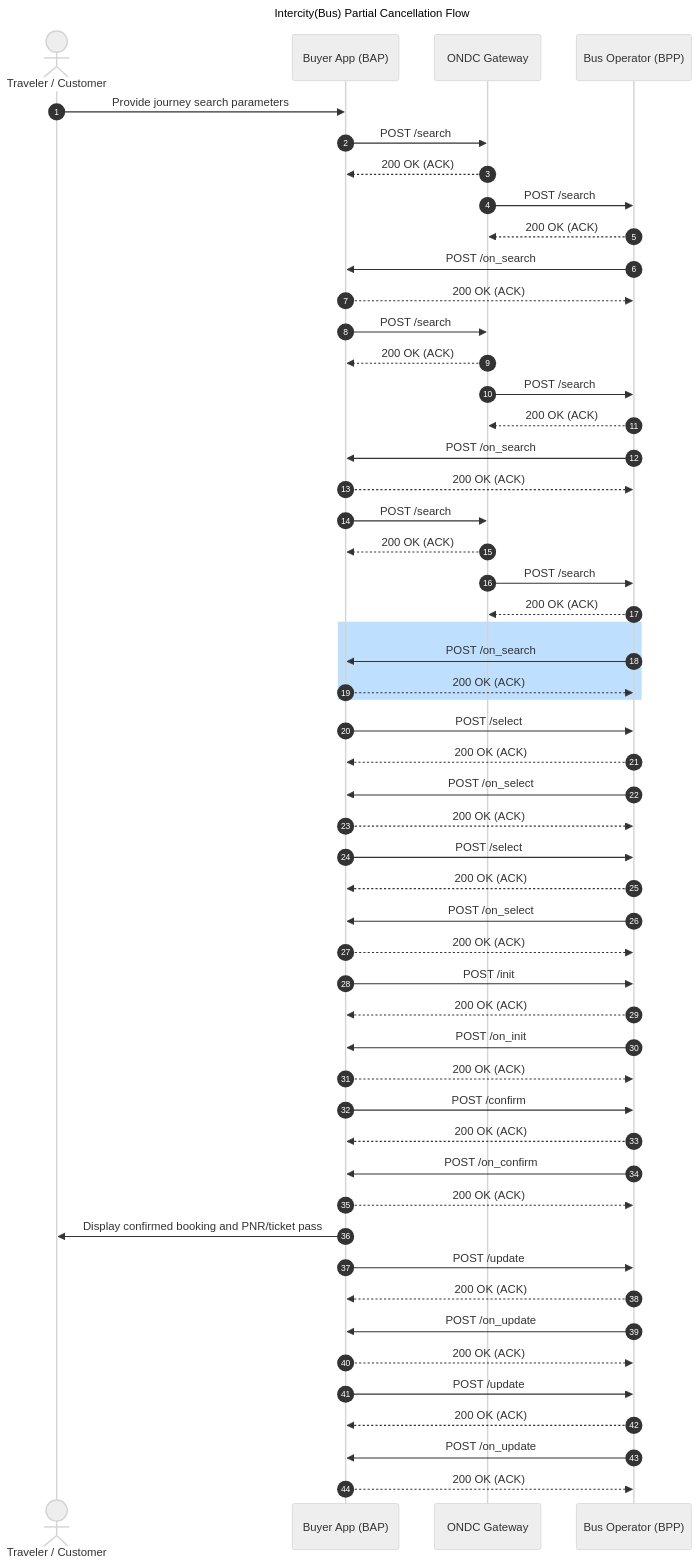
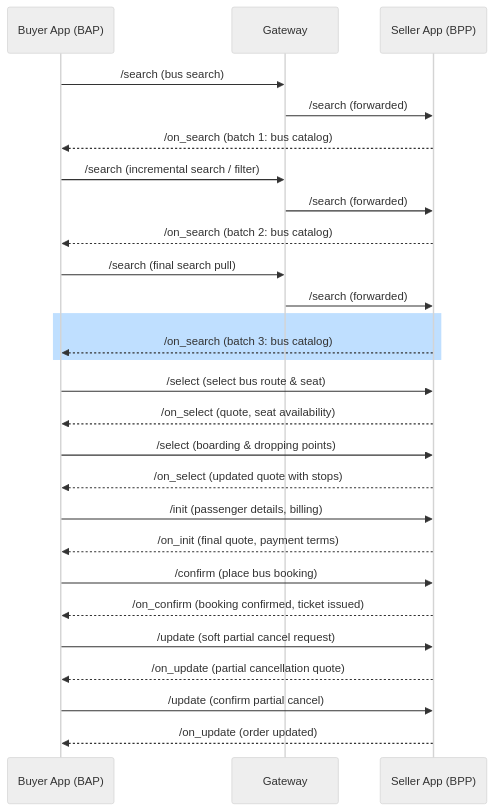
Before and after one commit to ONDC-Official/automation-specifications: the sixth of 18 diagrams in config/docs/intercity-bus-partial-cancellation-flow-sequence-diagrams.md, drawn with Mermaid (neutral theme). The commit also changed other lines of this file and 23 other files, not shown here.

````diff
--- a/config/docs/intercity-bus-partial-cancellation-flow-sequence-diagrams.md
+++ b/config/docs/intercity-bus-partial-cancellation-flow-sequence-diagrams.md
@@ -308,56 +172,29 @@
 ```mermaid
 sequenceDiagram
-    title Intercity(Bus) Partial Cancellation Flow
-    autonumber
-    actor User as Traveler / Customer
-    participant BAP as Buyer App (BAP)
-    participant BG as ONDC Gateway
-    participant BPP as Bus Operator (BPP)
-
-    User->>BAP: Provide journey search parameters
-    BAP->>BG: POST /search
-    BG-->>BAP: 200 OK (ACK)
-    BG->>BPP: POST /search
-    BPP-->>BG: 200 OK (ACK)
-    BPP->>BAP: POST /on_search
-    BAP-->>BPP: 200 OK (ACK)
-    BAP->>BG: POST /search
-    BG-->>BAP: 200 OK (ACK)
-    BG->>BPP: POST /search
-    BPP-->>BG: 200 OK (ACK)
-    BPP->>BAP: POST /on_search
-    BAP-->>BPP: 200 OK (ACK)
-    BAP->>BG: POST /search
-    BG-->>BAP: 200 OK (ACK)
-    BG->>BPP: POST /search
-    BPP-->>BG: 200 OK (ACK)
-    rect rgb(191, 223, 255)
-    BPP->>BAP: POST /on_search
-    BAP-->>BPP: 200 OK (ACK)
-    end
-    BAP->>BPP: POST /select
-    BPP-->>BAP: 200 OK (ACK)
-    BPP->>BAP: POST /on_select
-    BAP-->>BPP: 200 OK (ACK)
-    BAP->>BPP: POST /select
-    BPP-->>BAP: 200 OK (ACK)
-    BPP->>BAP: POST /on_select
-    BAP-->>BPP: 200 OK (ACK)
-    BAP->>BPP: POST /init
-    BPP-->>BAP: 200 OK (ACK)
-    BPP->>BAP: POST /on_init
-    BAP-->>BPP: 200 OK (ACK)
-    BAP->>BPP: POST /confirm
-    BPP-->>BAP: 200 OK (ACK)
-    BPP->>BAP: POST /on_confirm
-    BAP-->>BPP: 200 OK (ACK)
-    BAP->>User: Display confirmed booking and PNR/ticket pass
-    BAP->>BPP: POST /update
-    BPP-->>BAP: 200 OK (ACK)
-    BPP->>BAP: POST /on_update
-    BAP-->>BPP: 200 OK (ACK)
-    BAP->>BPP: POST /update
-    BPP-->>BAP: 200 OK (ACK)
-    BPP->>BAP: POST /on_update
-    BAP-->>BPP: 200 OK (ACK)
+  participant Buyer App (BAP)
+  participant Gateway
+  participant Seller App (BPP)
+  Buyer App (BAP)->>Gateway: /search (bus search)
+  Gateway->>Seller App (BPP): /search (forwarded)
+  Seller App (BPP)-->>Buyer App (BAP): /on_search (batch 1: bus catalog)
+  Buyer App (BAP)->>Gateway: /search (incremental search / filter)
+  Gateway->>Seller App (BPP): /search (forwarded)
+  Seller App (BPP)-->>Buyer App (BAP): /on_search (batch 2: bus catalog)
+  Buyer App (BAP)->>Gateway: /search (final search pull)
+  Gateway->>Seller App (BPP): /search (forwarded)
+  rect rgb(191, 223, 255)
+  Seller App (BPP)-->>Buyer App (BAP): /on_search (batch 3: bus catalog)
+  end
+  Buyer App (BAP)->>Seller App (BPP): /select (select bus route & seat)
+  Seller App (BPP)-->>Buyer App (BAP): /on_select (quote, seat availability)
+  Buyer App (BAP)->>Seller App (BPP): /select (boarding & dropping points)
+  Seller App (BPP)-->>Buyer App (BAP): /on_select (updated quote with stops)
+  Buyer App (BAP)->>Seller App (BPP): /init (passenger details, billing)
+  Seller App (BPP)-->>Buyer App (BAP): /on_init (final quote, payment terms)
+  Buyer App (BAP)->>Seller App (BPP): /confirm (place bus booking)
+  Seller App (BPP)-->>Buyer App (BAP): /on_confirm (booking confirmed, ticket issued)
+  Buyer App (BAP)->>Seller App (BPP): /update (soft partial cancel request)
+  Seller App (BPP)-->>Buyer App (BAP): /on_update (partial cancellation quote)
+  Buyer App (BAP)->>Seller App (BPP): /update (confirm partial cancel)
+  Seller App (BPP)-->>Buyer App (BAP): /on_update (order updated)
 ```
````
